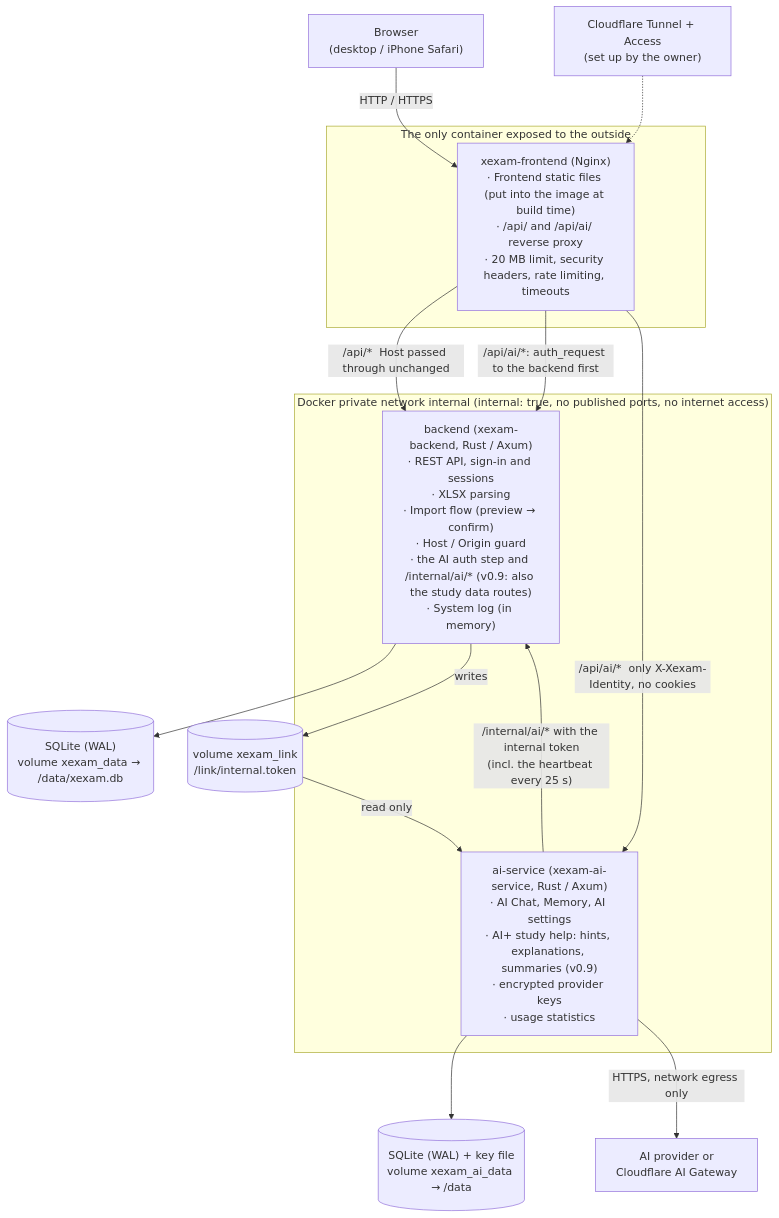
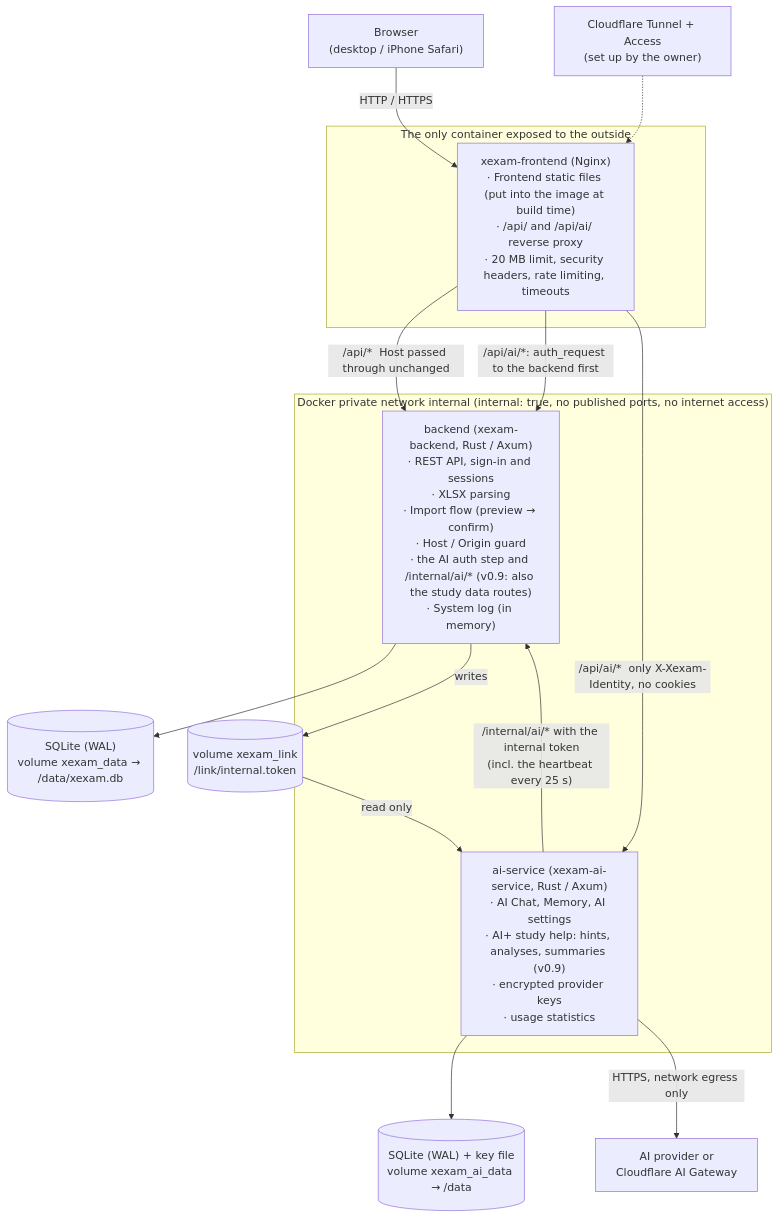
Before and after one commit to Yumin-Space/xexam: the first of 8 diagrams in docs/en/architecture.md, drawn with Mermaid. The commit also changed other lines of this file and 386 other files, not shown here.

````diff
--- a/docs/en/architecture.md
+++ b/docs/en/architecture.md
@@ -10,21 +10,21 @@
 ```mermaid
 flowchart TB
     U["Browser<br/>(desktop / iPhone Safari)"] -->|"HTTP / HTTPS"| N
     subgraph pub["The only container exposed to the outside"]
         N["xexam-frontend (Nginx)<br/>· Frontend static files (put into the image at build time)<br/>· /api/ and /api/ai/ reverse proxy<br/>· 20 MB limit, security headers, rate limiting, timeouts"]
     end
     subgraph priv["Docker private network internal (internal: true, no published ports, no internet access)"]
         B["backend (xexam-backend, Rust / Axum)<br/>· REST API, sign-in and sessions<br/>· XLSX parsing<br/>· Import flow (preview → confirm)<br/>· Host / Origin guard<br/>· the AI auth step and /internal/ai/* (v0.9: also the study data routes)<br/>· System log (in memory)"]
-        A["ai-service (xexam-ai-service, Rust / Axum)<br/>· AI Chat, Memory, AI settings<br/>· AI+ study help: hints, explanations, summaries (v0.9)<br/>· encrypted provider keys<br/>· usage statistics"]
+        A["ai-service (xexam-ai-service, Rust / Axum)<br/>· AI Chat, Memory, AI settings<br/>· AI+ study help: hints, analyses, summaries (v0.9)<br/>· encrypted provider keys<br/>· usage statistics"]
     end
     N -->|"/api/*  Host passed through unchanged"| B
     N -->|"/api/ai/*: auth_request to the backend first"| B
     N -->|"/api/ai/*  only X-Xexam-Identity, no cookies"| A
     A -->|"/internal/ai/* with the internal token<br/>(incl. the heartbeat every 25 s)"| B
     B --> D[("SQLite (WAL)<br/>volume xexam_data → /data/xexam.db")]
     A --> AD[("SQLite (WAL) + key file<br/>volume xexam_ai_data → /data")]
     B -->|"writes"| L[("volume xexam_link<br/>/link/internal.token")]
     L -->|"read only"| A
     A -->|"HTTPS, network egress only"| P["AI provider or<br/>Cloudflare AI Gateway"]
     CF["Cloudflare Tunnel + Access<br/>(set up by the owner)"] -.-> N
 ```
````
